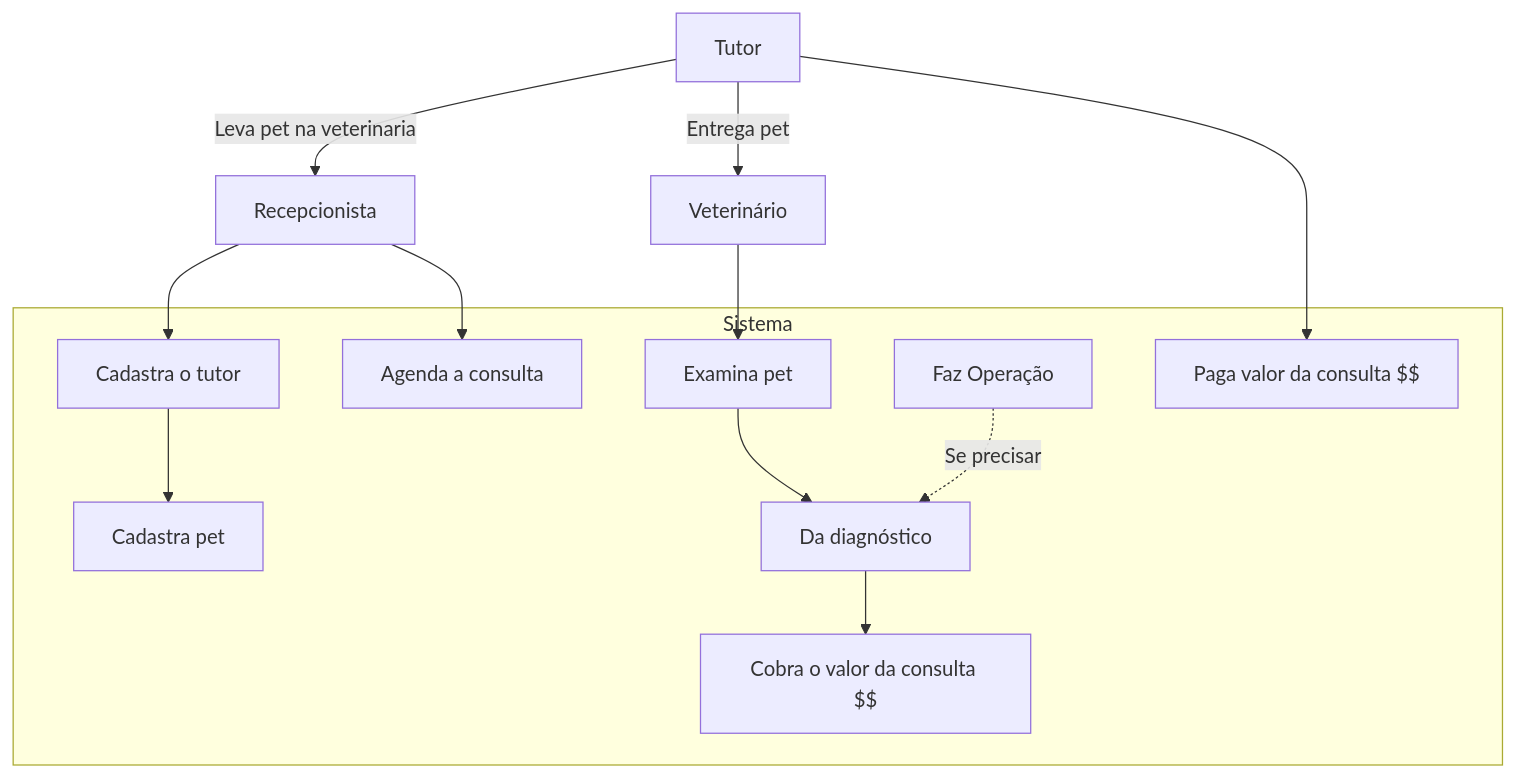
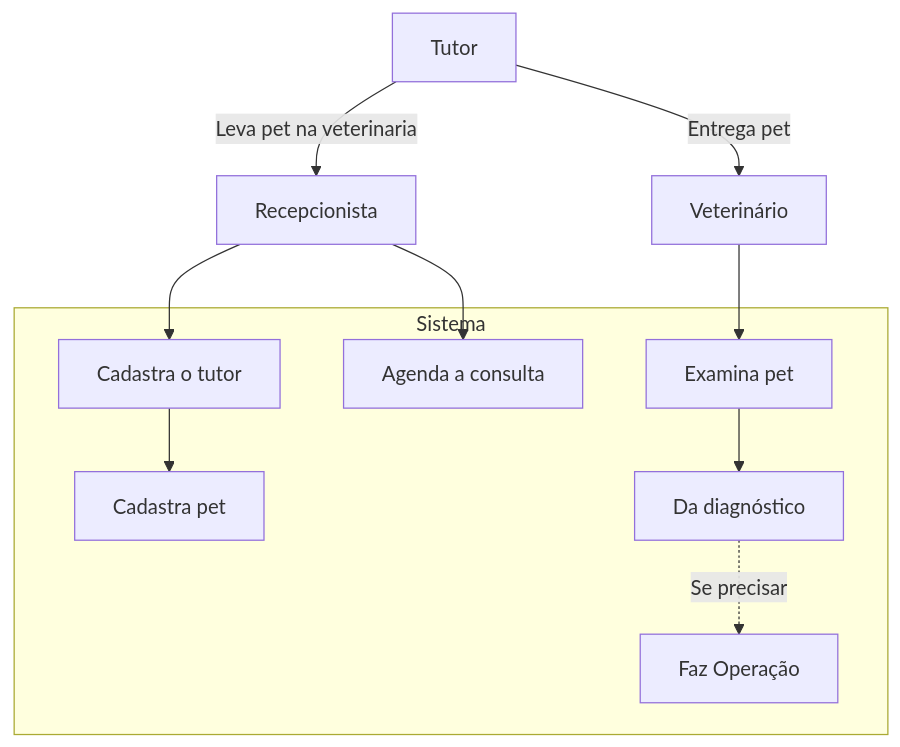
Before and after one commit to triggerww/clinica-veterinaria: the first of 2 diagrams in README.md, drawn with Mermaid. The commit also changed other lines of this file, not shown here.

Commit message:
Update README to remove payment actions and revise diagram
Removed payment-related actions from the README and updated relationships in the diagram.

````diff
--- a/README.md
+++ b/README.md
@@ -10,26 +10,23 @@
 ```mermaid
 flowchart TD
     cliente["Tutor"]
     recepcionista["Recepcionista "]
     vet["Veterinário"]
 
     %% Ações
     subgraph Sistema
         pet["Cadastra pet"]
         tutor["Cadastra o tutor"]
         consulta["Agenda a consulta"]
         examina["Examina pet"]
         diagnostico["Da diagnóstico"]
         opera["Faz Operação"]
-        cobra["Cobra o valor da consulta $$"]
-        paga["Paga valor da consulta $$"]
     end
 
     %% Relacionamentos
     cliente -- "Leva pet na veterinaria" --> recepcionista --> tutor --> pet
     recepcionista --> consulta
 
-    cliente -- "Entrega pet" --> vet --> examina --> diagnostico
-    opera -. "Se precisar" .-> diagnostico --> cobra
-    cliente --> paga
+    cliente -- "Entrega pet" --> vet --> examina --> diagnostico 
+    diagnostico -. "Se precisar" .-> opera 
 ```
````
